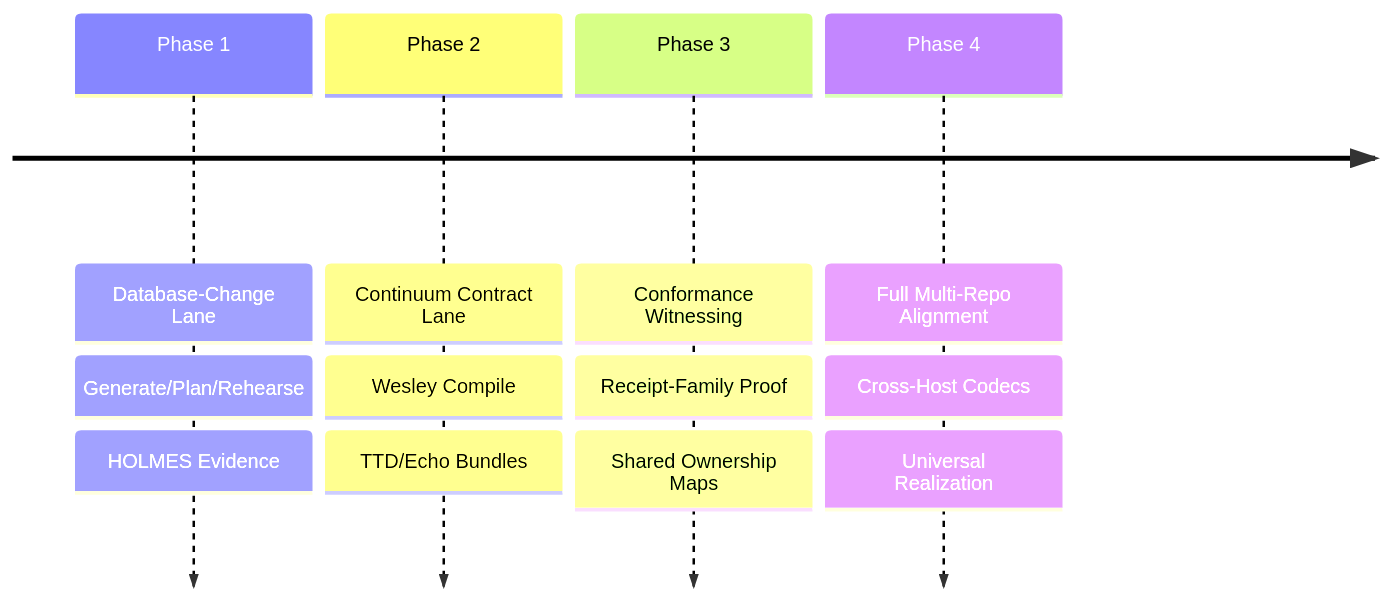
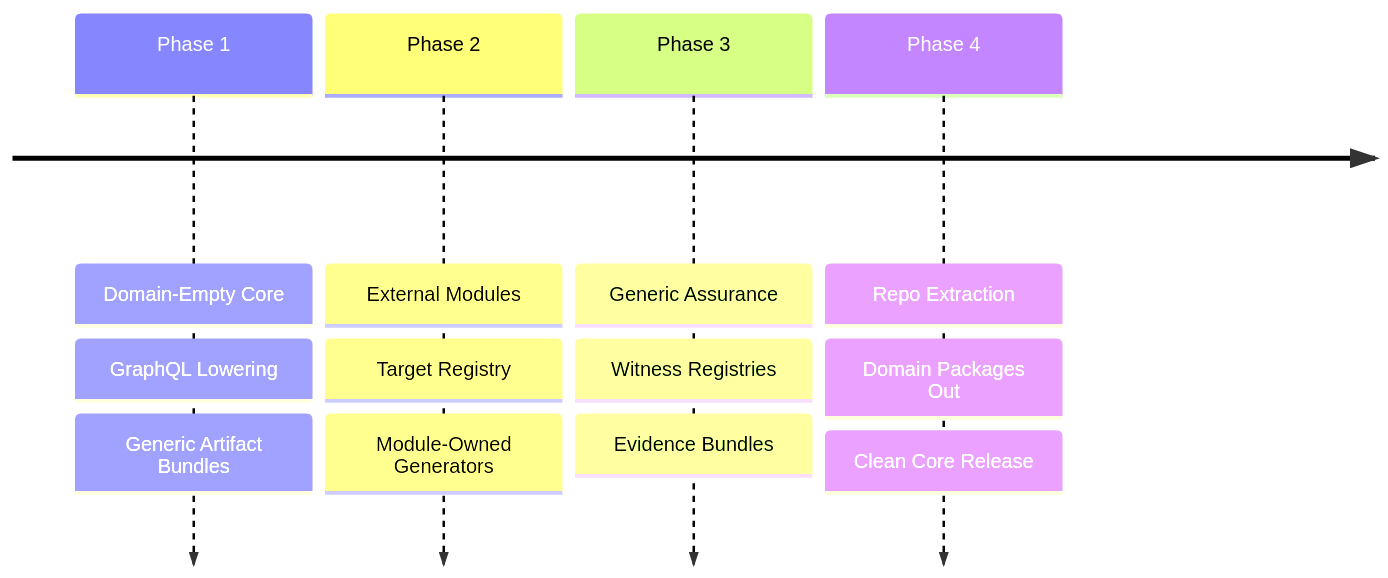
One commit to flyingrobots/wesley changed the diagram in docs/BEARING.md. Above: the diagram before and after it, drawn with Mermaid. The commit also changed other lines of this file and 32 other files, not shown here.

Commit message:
docs(wesley): enforce domain-empty core doctrine

````diff
--- a/docs/BEARING.md
+++ b/docs/BEARING.md
@@ -6,7 +6,7 @@
 ```mermaid
 timeline
-    Phase 1 : Database-Change Lane : Generate/Plan/Rehearse : HOLMES Evidence
-    Phase 2 : Continuum Contract Lane : Wesley Compile : TTD/Echo Bundles
-    Phase 3 : Conformance Witnessing : Receipt-Family Proof : Shared Ownership Maps
-    Phase 4 : Full Multi-Repo Alignment : Cross-Host Codecs : Universal Realization
+    Phase 1 : Domain-Empty Core : GraphQL Lowering : Generic Artifact Bundles
+    Phase 2 : External Modules : Target Registry : Module-Owned Generators
+    Phase 3 : Generic Assurance : Witness Registries : Evidence Bundles
+    Phase 4 : Repo Extraction : Domain Packages Out : Clean Core Release
 ```
````
